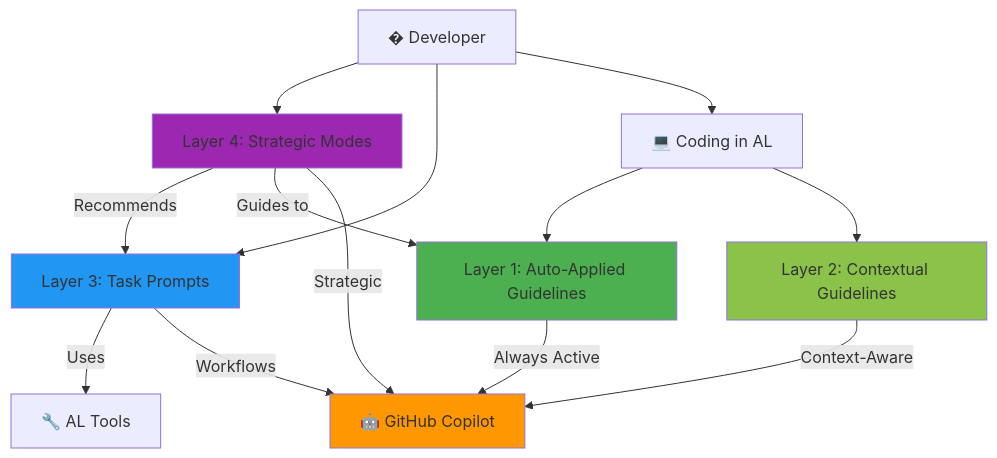
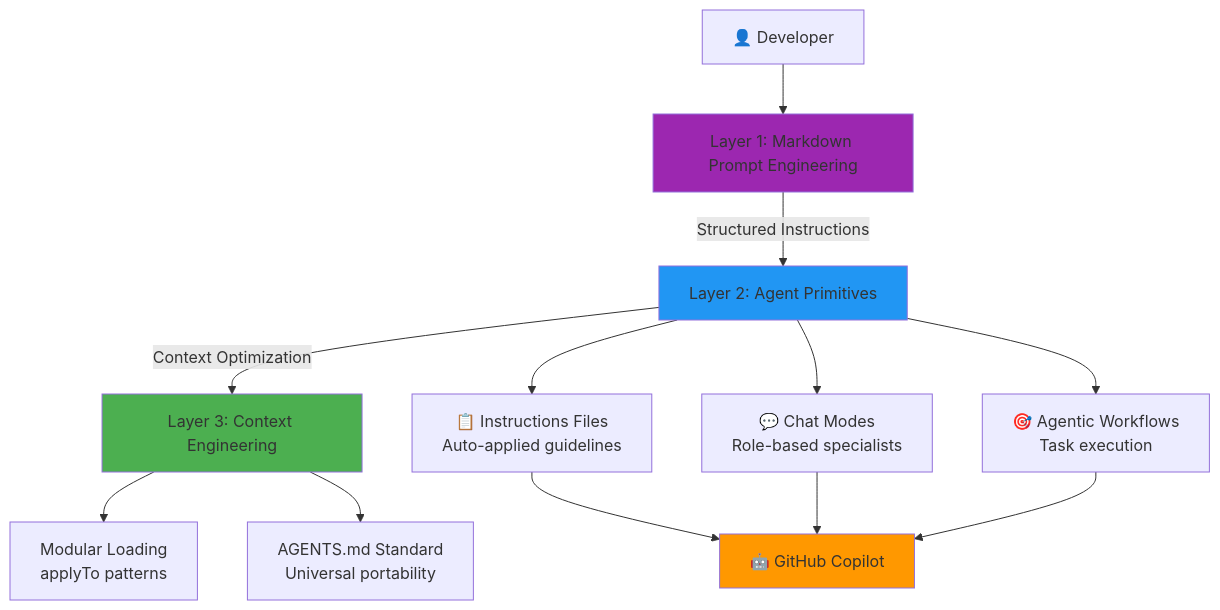
The diagram in README.md (javiarmesto/AL-Development-Collection-for-GitHub-Copilot), drawn with Mermaid before and after one commit. The commit also changed other lines of this file and 2 other files, not shown here.

Commit message:
Refactor to A-Instructions Architecture — align README and collection metadata, expand chat-mode docs, and remove .vscode/launch.json

````diff
--- a/README.md
+++ b/README.md
@@ -58,24 +58,22 @@
 ```mermaid
 graph TB
-    User[� Developer] --> Layer4[Layer 4: Strategic Modes]
-    User --> Layer3[Layer 3: Task Prompts]
-    User --> Coding[💻 Coding in AL]
+    Dev[👤 Developer] --> Layer1[Layer 1: Markdown Prompt Engineering]
+    Layer1 --> |Structured Instructions| Layer2[Layer 2: Agent Primitives]
+    Layer2 --> |Context Optimization| Layer3[Layer 3: Context Engineering]
     
-    Coding --> Layer1[Layer 1: Auto-Applied Guidelines]
-    Coding --> Layer2[Layer 2: Contextual Guidelines]
+    Layer2 --> Instructions[📋 Instructions Files<br/>Auto-applied guidelines]
+    Layer2 --> ChatModes[💬 Chat Modes<br/>Role-based specialists]
+    Layer2 --> Prompts[🎯 Agentic Workflows<br/>Task execution]
     
-    Layer4 --> |Recommends| Layer3
-    Layer4 --> |Guides to| Layer1
-    Layer3 --> |Uses| Tools[🔧 AL Tools]
+    Layer3 --> Modular[Modular Loading<br/>applyTo patterns]
+    Layer3 --> AGENTSMD[AGENTS.md Standard<br/>Universal portability]
     
-    Layer1 --> |Always Active| Copilot[🤖 GitHub Copilot]
-    Layer2 --> |Context-Aware| Copilot
-    Layer3 --> |Workflows| Copilot
-    Layer4 --> |Strategic| Copilot
+    Instructions --> Copilot[🤖 GitHub Copilot]
+    ChatModes --> Copilot
+    Prompts --> Copilot
     
-    style Layer1 fill:#4CAF50
-    style Layer2 fill:#8BC34A
-    style Layer3 fill:#2196F3
-    style Layer4 fill:#9C27B0
+    style Layer1 fill:#9C27B0
+    style Layer2 fill:#2196F3
+    style Layer3 fill:#4CAF50
     style Copilot fill:#FF9800
 ```
````
